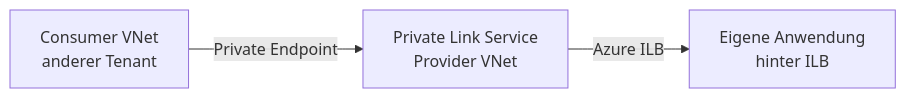
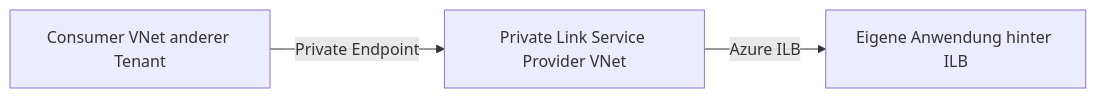
Before and after one commit to SoniiiT/notes-n-docs: the fourth of 6 diagrams in Microsoft 365/Azure/Netzwerk/Azure Private Link.md, drawn with Mermaid. The commit also changed other lines of this file and 124 other files, not shown here.

First line of the commit message:
fix: Entferne \n aus allen Mermaid-Diagrammen (125 Dateien)

````diff
--- a/Microsoft 365/Azure/Netzwerk/Azure Private Link.md
+++ b/Microsoft 365/Azure/Netzwerk/Azure Private Link.md
@@ -245,5 +245,5 @@
 ```mermaid
 graph LR
-    CONSUMER[Consumer VNet\nanderer Tenant] -->|Private Endpoint| PLS[Private Link Service\nProvider VNet]
-    PLS -->|Azure ILB| APP[Eigene Anwendung\nhinter ILB]
+    CONSUMER[Consumer VNet anderer Tenant] -->|Private Endpoint| PLS[Private Link Service Provider VNet]
+    PLS -->|Azure ILB| APP[Eigene Anwendung hinter ILB]
 ```
````
